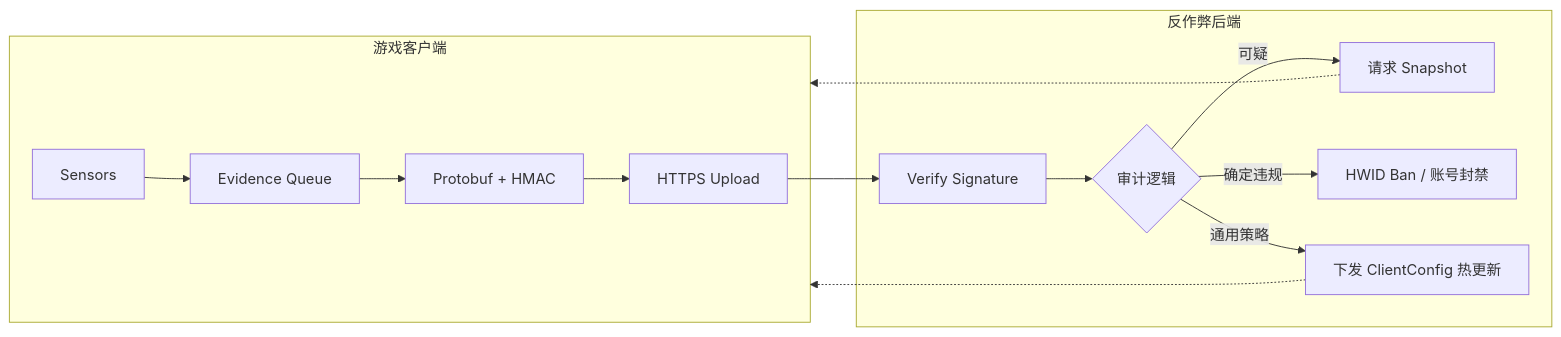
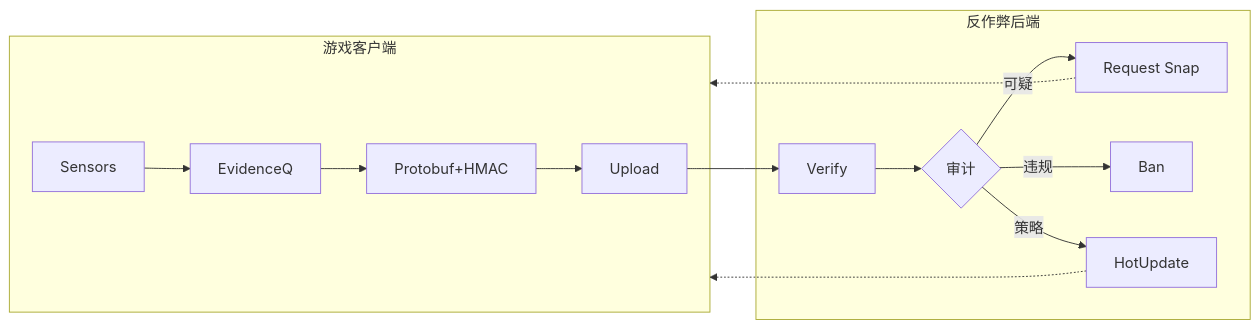
The fourth of 4 diagrams in docs/presentation_outline.md (williammuji/AntiCheat), drawn with Mermaid before and after one commit. The commit also changed other lines of this file and 1 other file, not shown here.

````diff
--- a/docs/presentation_outline.md
+++ b/docs/presentation_outline.md
@@ -766,19 +868,17 @@
 ```mermaid
 graph LR
     subgraph Client [游戏客户端]
-        S[Sensors] --> Q[Evidence Queue]
-        Q --> P[Protobuf + HMAC]
-        P --> U[HTTPS Upload]
+        S[Sensors] --> Q[EvidenceQ]
+        Q --> P[Protobuf+HMAC]
+        P --> U[Upload]
     end
-
     subgraph Server [反作弊后端]
-        U --> V[Verify Signature]
-        V --> Logic{审计逻辑}
-        Logic -->|可疑| Snapshot[请求 Snapshot]
-        Logic -->|确定违规| Ban[HWID Ban / 账号封禁]
-        Logic -->|通用策略| Update[下发 ClientConfig 热更新]
+        U --> V[Verify]
+        V --> Logic{审计}
+        Logic -->|可疑| Snap[Request Snap]
+        Logic -->|违规| Ban[Ban]
+        Logic -->|策略| Upd[HotUpdate]
     end
-
-    Update -.-> Client
-    Snapshot -.-> Client
+    Upd -.-> Client
+    Snap -.-> Client
 ```
````
